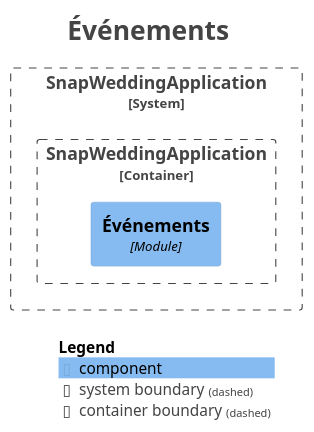
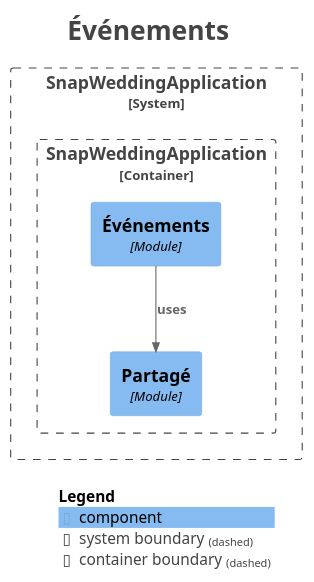
One commit to MatMry31/snapwedding changed the diagram in docs/modulith/module-event.puml. Above: the diagram before and after it, drawn with PlantUML. The commit also changed 86 other files, not shown here.

```diff
--- a/docs/modulith/module-event.puml
+++ b/docs/modulith/module-event.puml
@@ -1,27 +1,30 @@
 @startuml
 title <size:24>Événements</size>
 
 set separator none
 top to bottom direction
 
 <style>
   root {
     BackgroundColor: #ffffff
     FontColor: #444444
   }
 </style>
 
 !include <C4/C4>
 !include <C4/C4_Context>
 !include <C4/C4_Component>
 
 System_Boundary("SnapWeddingApplication_boundary", "SnapWeddingApplication", $tags="") {
   Container_Boundary("SnapWeddingApplication.SnapWeddingApplication_boundary", "SnapWeddingApplication", $tags="") {
+    Component(SnapWeddingApplication.SnapWeddingApplication.Partagé, "Partagé", $techn="Module", $descr="", $tags="", $link="")
     Component(SnapWeddingApplication.SnapWeddingApplication.Événements, "Événements", $techn="Module", $descr="", $tags="", $link="")
   }
 
 }
 
+Rel(SnapWeddingApplication.SnapWeddingApplication.Événements, SnapWeddingApplication.SnapWeddingApplication.Partagé, "uses", $techn="", $tags="", $link="")
+
 SHOW_LEGEND(true)
 hide stereotypes
 @enduml
```
